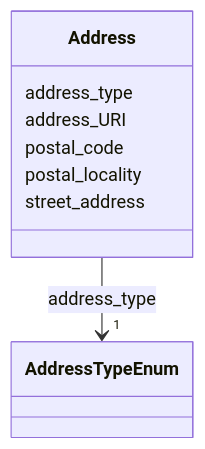
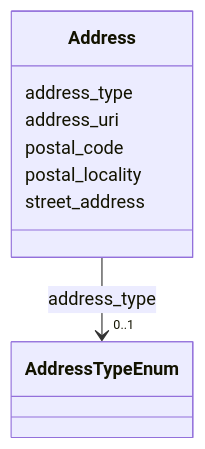
One commit to swiss/political-affairs-ech-group changed the diagram in ech-0294_actors/output/docs/Address.md. Above: the diagram before and after it, drawn with Mermaid. The commit also changed other lines of this file and 176 other files, not shown here.

````diff
--- a/ech-0294_actors/output/docs/Address.md
+++ b/ech-0294_actors/output/docs/Address.md
@@ -13,25 +22,25 @@
 ```mermaid
  classDiagram
     class Address
     click Address href "../Address/"
       Address : address_type
         
           
     
         
         
-        Address --> "1" AddressTypeEnum : address_type
+        Address --> "0..1" AddressTypeEnum : address_type
         click AddressTypeEnum href "../AddressTypeEnum/"
     
 
         
-      Address : address_URI
+      Address : address_uri
         
       Address : postal_code
         
       Address : postal_locality
         
       Address : street_address
         
       
 ```
````
